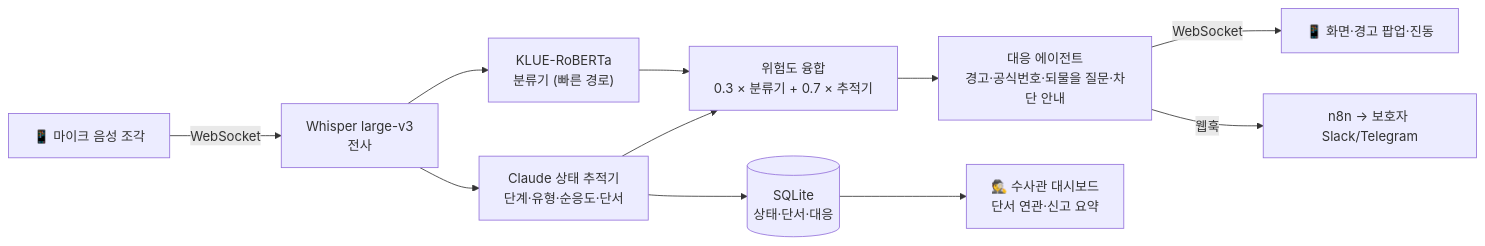
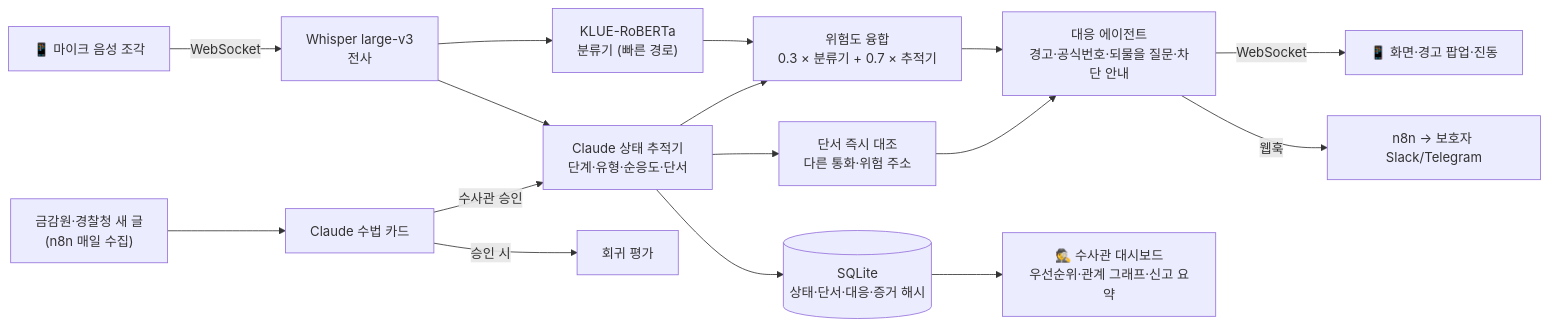
The diagram in README.md (J-hosu/VoiceGuard-AI), drawn with Mermaid before and after one commit. The commit also changed other lines of this file and 6 other files, not shown here.

First line of the commit message:
docs: README에 확장 기능(단서 대조·증거 해시·우선순위·관계 그래프·신종 수법·품질 루프)과 대시보드 화면 추가

````diff
--- a/README.md
+++ b/README.md
@@ -110,13 +128,18 @@
 ```mermaid
 flowchart LR
     MIC["📱 마이크 음성 조각"] -->|WebSocket| STT["Whisper large-v3<br/>전사"]
     STT --> CLS["KLUE-RoBERTa<br/>분류기 (빠른 경로)"]
     STT --> TRK["Claude 상태 추적기<br/>단계·유형·순응도·단서"]
     CLS --> FUSE["위험도 융합<br/>0.3 × 분류기 + 0.7 × 추적기"]
     TRK --> FUSE
     FUSE --> AGT["대응 에이전트<br/>경고·공식번호·되물을 질문·차단 안내"]
     AGT -->|WebSocket| APP["📱 화면·경고 팝업·진동"]
     AGT -->|웹훅| N8N["n8n → 보호자 Slack/Telegram"]
-    TRK --> DB[("SQLite<br/>상태·단서·대응")]
-    DB --> DASH["🕵️ 수사관 대시보드<br/>단서 연관·신고 요약"]
+    TRK --> DB[("SQLite<br/>상태·단서·대응·증거 해시")]
+    TRK --> LINK["단서 즉시 대조<br/>다른 통화·위험 주소"]
+    LINK --> AGT
+    DB --> DASH["🕵️ 수사관 대시보드<br/>우선순위·관계 그래프·신고 요약"]
+    OFF["금감원·경찰청 새 글<br/>(n8n 매일 수집)"] --> CARD["Claude 수법 카드"]
+    CARD -->|수사관 승인| TRK
+    CARD -->|승인 시| EVAL["회귀 평가"]
 ```
````
